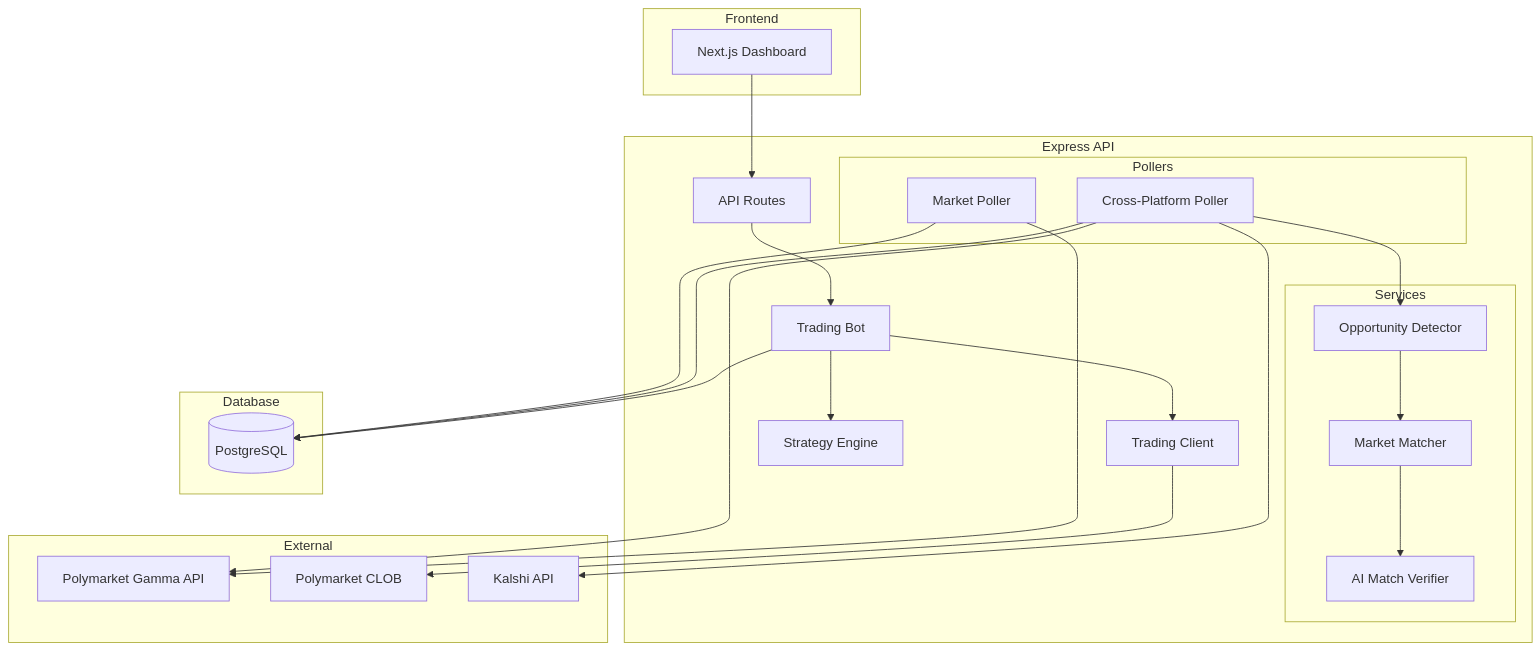
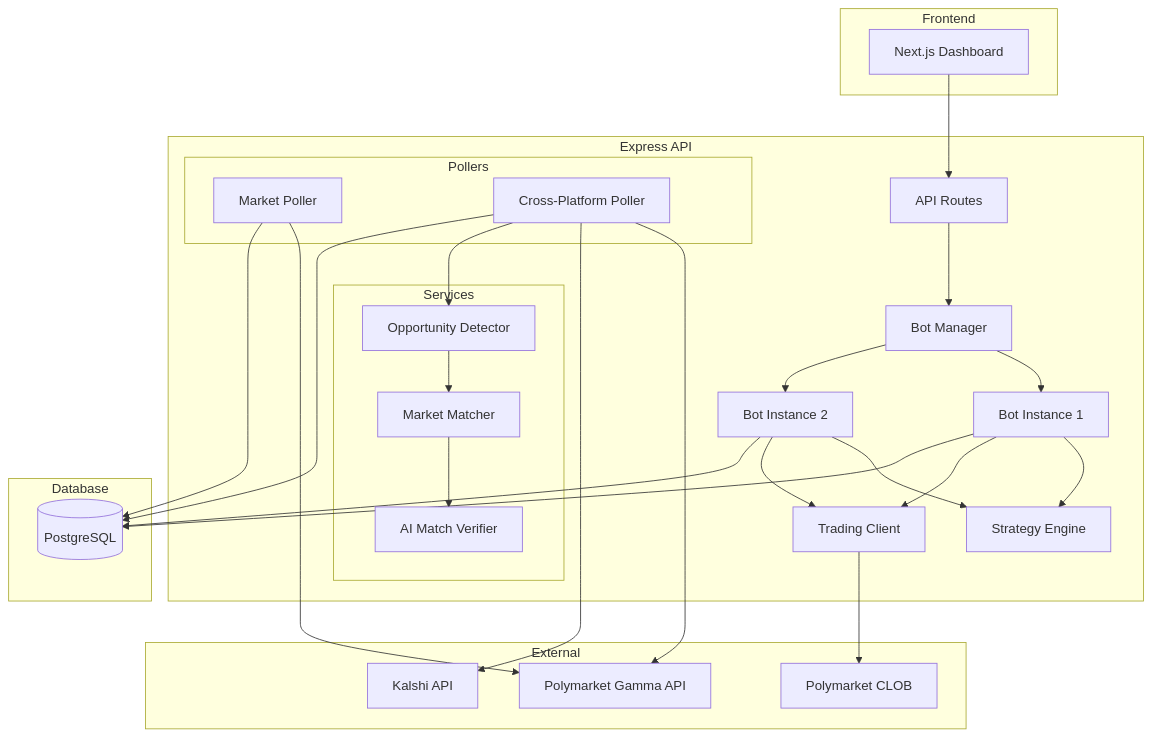
One commit to hrsh22/arbitrage-scanner changed the diagram in AGENTS.md. Above: the diagram before and after it, drawn with Mermaid. The commit also changed other lines of this file and 18 other files, not shown here.

````diff
--- a/AGENTS.md
+++ b/AGENTS.md
@@ -217,51 +261,58 @@
 ```mermaid
 flowchart TB
     subgraph Frontend
         Web[Next.js Dashboard]
     end
 
     subgraph Backend[Express API]
         Router[API Routes]
-        Bot[Trading Bot]
+        BotMgr[Bot Manager]
+        Bot1[Bot Instance 1]
+        Bot2[Bot Instance 2]
         Strategy[Strategy Engine]
         TradingClient[Trading Client]
 
         subgraph Pollers
             MP[Market Poller]
             CPP[Cross-Platform Poller]
         end
 
         subgraph Services
             Detector[Opportunity Detector]
             Matcher[Market Matcher]
             AIVerifier[AI Match Verifier]
         end
     end
 
     subgraph External
         PolyGamma[Polymarket Gamma API]
         PolyCLOB[Polymarket CLOB]
         Kalshi[Kalshi API]
     end
 
     subgraph Database
         PG[(PostgreSQL)]
     end
 
     Web --> Router
-    Router --> Bot
-    Bot --> Strategy
-    Bot --> TradingClient
+    Router --> BotMgr
+    BotMgr --> Bot1
+    BotMgr --> Bot2
+    Bot1 --> Strategy
+    Bot2 --> Strategy
+    Bot1 --> TradingClient
+    Bot2 --> TradingClient
     TradingClient --> PolyCLOB
 
     MP --> PolyGamma
     CPP --> PolyGamma
     CPP --> Kalshi
     CPP --> Detector
     Detector --> Matcher
     Matcher --> AIVerifier
 
-    Bot --> PG
+    Bot1 --> PG
+    Bot2 --> PG
     CPP --> PG
     MP --> PG
 ```
````
